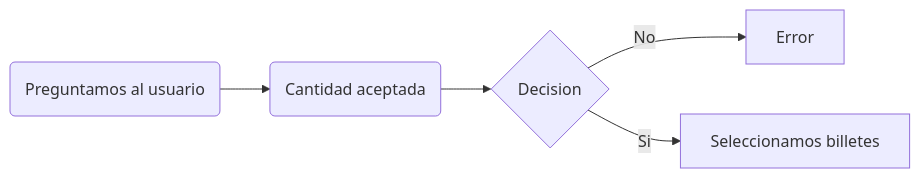
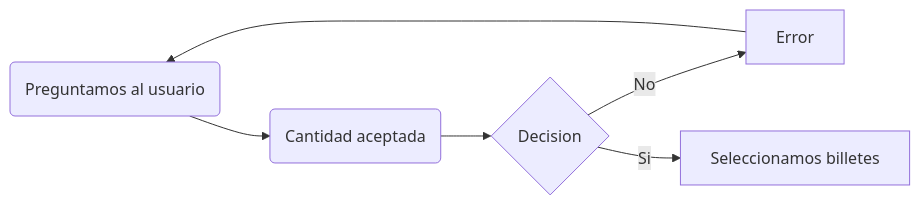
One commit to PachecoASIR/Diagramas changed the first of 2 diagrams in README.md. Above: the diagram before and after it, drawn with Mermaid.

````diff
--- a/README.md
+++ b/README.md
@@ -9,7 +9,8 @@
 ```mermaid
 flowchart LR
     A(Preguntamos al usuario) -->B(Cantidad aceptada)
     B --> C{Decision}
     C -->|No| D[Error]
     C -->|Si| E[Seleccionamos billetes]
+    D --> A
 ```
````
